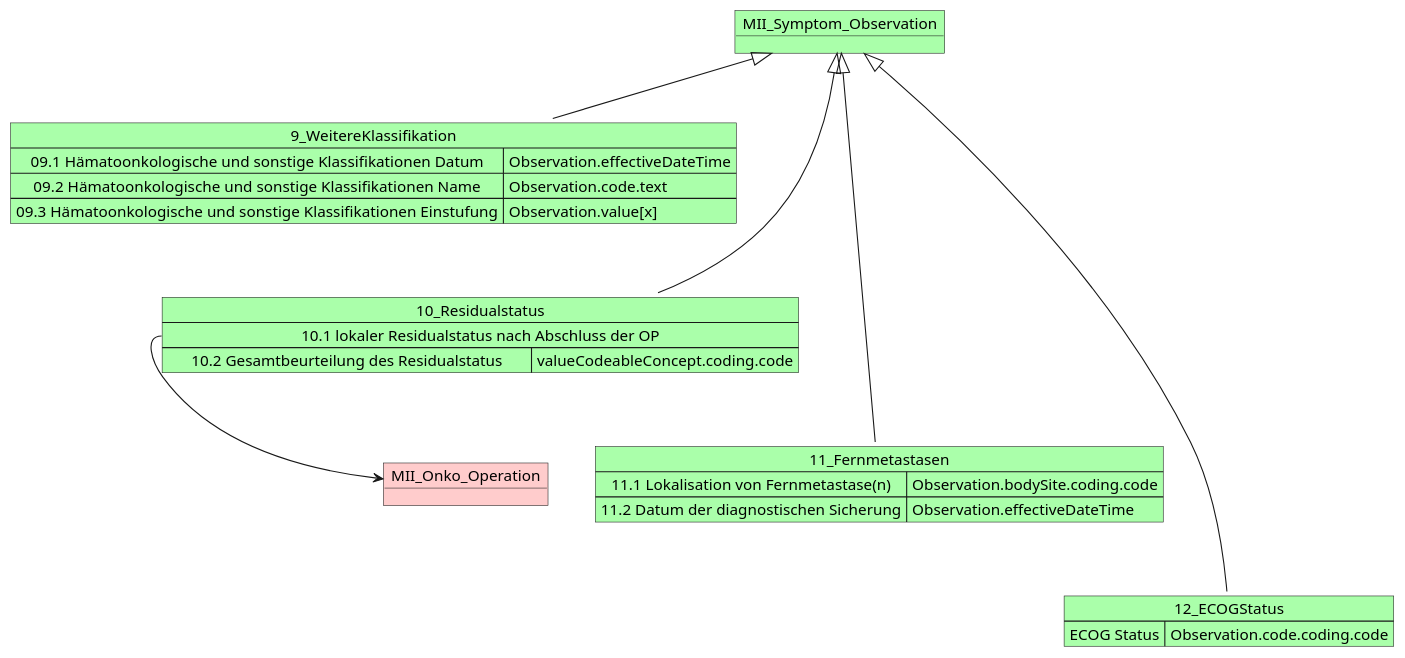
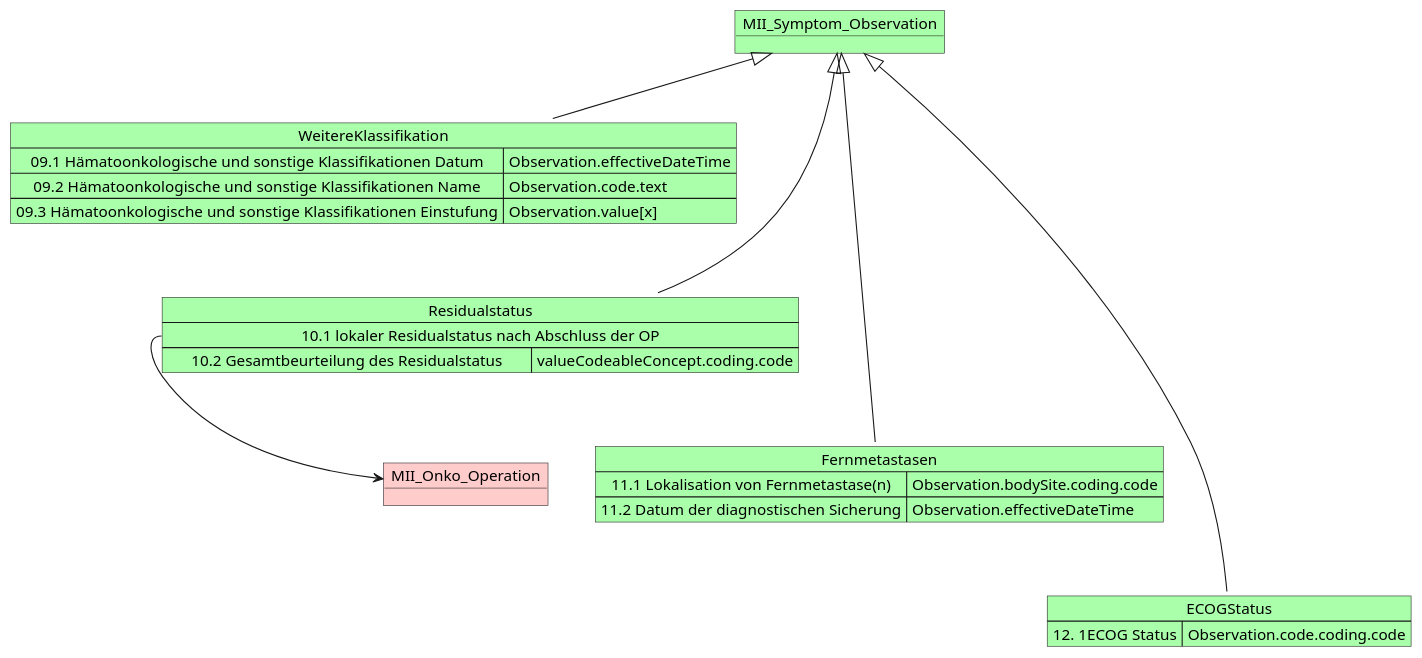
The diagram in information_model/MII_Onko_9-12_Observations.pu (medizininformatik-initiative/kerndatensatzmodul-onkologie), drawn with PlantUML before and after one commit. The commit also changed 2 other files, not shown here.

```diff
--- a/information_model/MII_Onko_9-12_Observations.pu
+++ b/information_model/MII_Onko_9-12_Observations.pu
@@ -1,32 +1,32 @@
 @startuml MII KDS Erweiterungsmodul Onkologie
 object MII_Symptom_Observation #AAFFAA
-Map 9_WeitereKlassifikation #AAFFAA {
+Map WeitereKlassifikation #AAFFAA {
  09.1 Hämatoonkologische und sonstige Klassifikationen Datum => Observation.effectiveDateTime
  09.2 Hämatoonkologische und sonstige Klassifikationen Name => Observation.code.text
  09.3 Hämatoonkologische und sonstige Klassifikationen Einstufung => Observation.value[x]
 } 
-MII_Symptom_Observation <|-down- 9_WeitereKlassifikation
+MII_Symptom_Observation <|-down- WeitereKlassifikation
 
 object MII_Onko_Operation #FFCCCC
 
-Map 10_Residualstatus #AAFFAA{
+Map Residualstatus #AAFFAA{
     10.1 lokaler Residualstatus nach Abschluss der OP *--> MII_Onko_Operation
     10.2 Gesamtbeurteilung des Residualstatus => valueCodeableConcept.coding.code  
 }
-MII_Symptom_Observation <|-down-- 10_Residualstatus
+MII_Symptom_Observation <|-down-- Residualstatus
 
-Map 11_Fernmetastasen #AAFFAA{
+Map Fernmetastasen #AAFFAA{
     11.1 Lokalisation von Fernmetastase(n)  => Observation.bodySite.coding.code
     11.2 Datum der diagnostischen Sicherung => Observation.effectiveDateTime
  
 }
-MII_Symptom_Observation <|-down--- 11_Fernmetastasen
+MII_Symptom_Observation <|-down--- Fernmetastasen
 
 
-Map 12_ECOGStatus #AAFFAA{
-    ECOG Status => Observation.code.coding.code
+Map ECOGStatus #AAFFAA{
+    12. 1ECOG Status => Observation.code.coding.code
 
 }
-MII_Symptom_Observation <|-down---- 12_ECOGStatus
+MII_Symptom_Observation <|-down---- ECOGStatus
 
 @enduml
```
